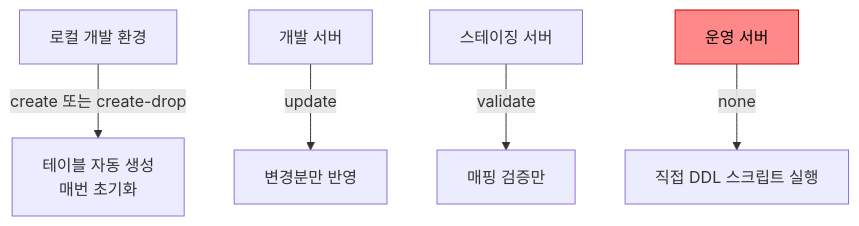
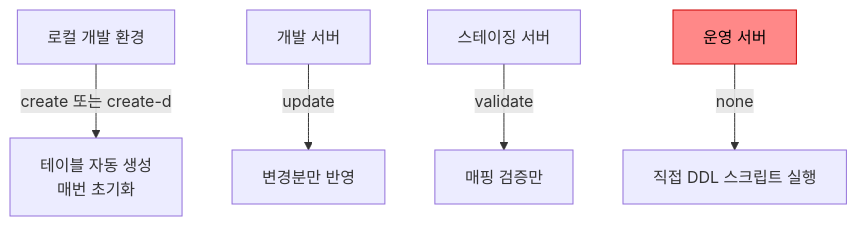
Before and after one commit to yjkim2015/yjkim2015.github.io: the first of 2 diagrams in _posts/jpa/2021-10-30-엔티티 매핑.md, drawn with Mermaid. The commit also changed other lines of this file and 271 other files, not shown here.

First line of the commit message:
Mermaid 라벨 축소: 긴 노드 텍스트 18자 이하로 트림 + \n 제거

````diff
--- a/_posts/jpa/2021-10-30-엔티티 매핑.md
+++ b/_posts/jpa/2021-10-30-엔티티 매핑.md
@@ -77,12 +77,12 @@
 ```mermaid
 graph TD
     LOCAL["로컬 개발 환경"]
     DEV["개발 서버"]
     STAGE["스테이징 서버"]
     PROD["운영 서버"]
-    LOCAL -->|"create 또는 create-drop"| LC["테이블 자동 생성\n매번 초기화"]
+    LOCAL -->|"create 또는 create-d"| LC["테이블 자동 생성\n매번 초기화"]
     DEV -->|"update"| DC["변경분만 반영"]
     STAGE -->|"validate"| SC["매핑 검증만"]
     PROD -->|"none"| PC["직접 DDL 스크립트 실행"]
     style PROD fill:#f88,stroke:#c00,color:#000
 ```
````
